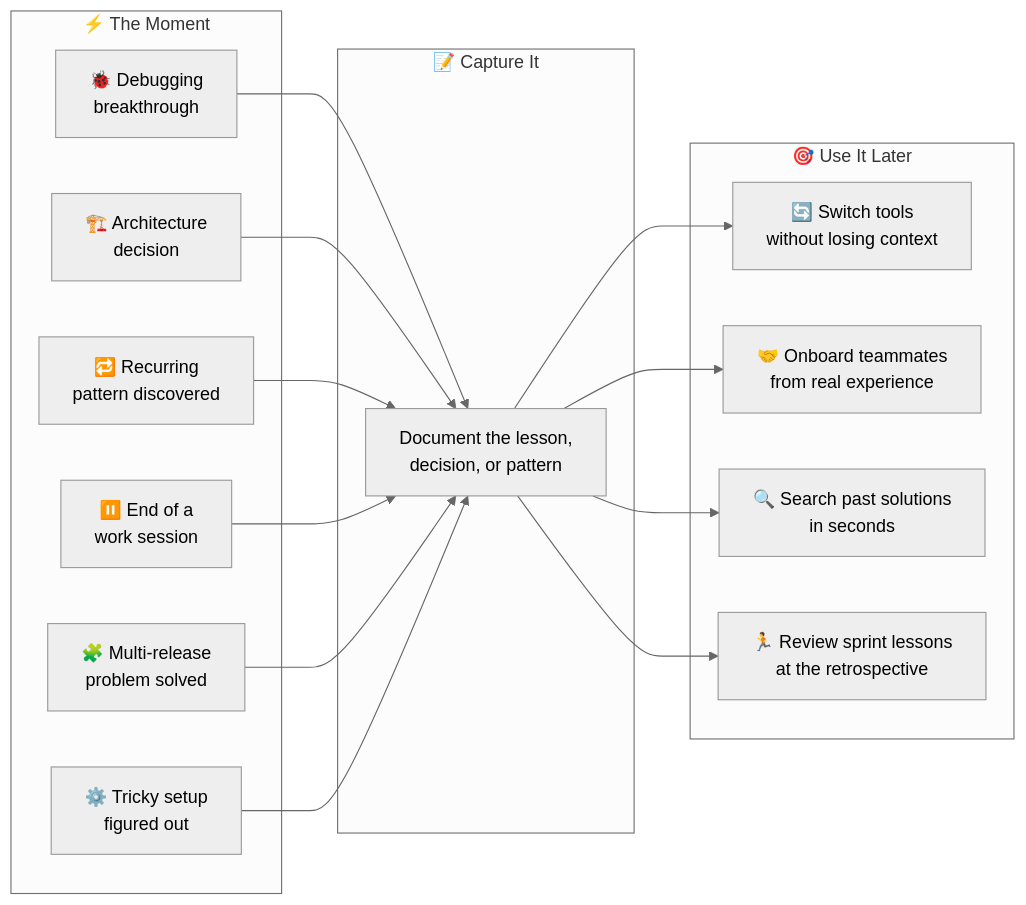
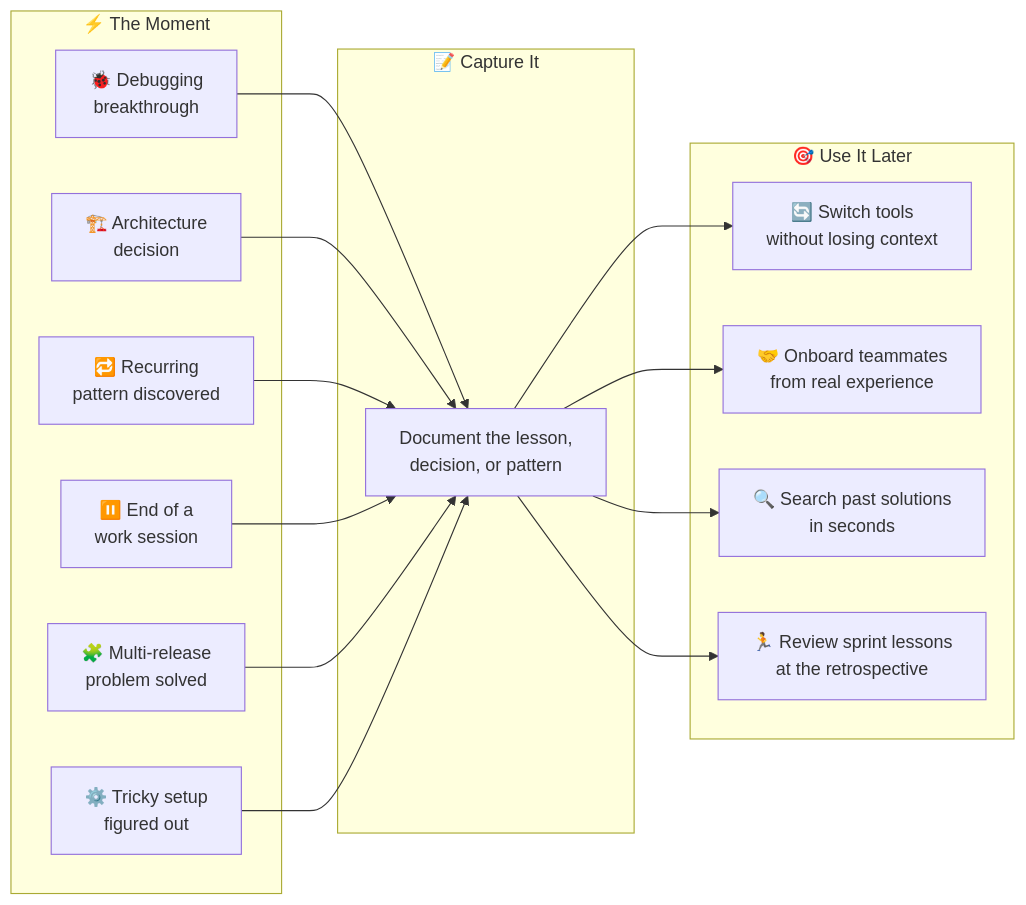
Before and after one commit to technomensch/knowledge-graph: the diagram in docs/concepts/why-kmgraph.md, drawn with Mermaid. The commit also changed 30 other files, not shown here.

````diff
--- a/docs/concepts/why-kmgraph.md
+++ b/docs/concepts/why-kmgraph.md
@@ -33,37 +33,34 @@
 ```mermaid
-%%{init: { 'flowchart': { 'useMaxWidth': true }, 'theme': 'neutral' }}%%
 graph LR
     subgraph Trigger["⚡ The Moment"]
         A["🐞 Debugging<br/>breakthrough"]
         B["🏗️ Architecture<br/>decision"]
         C["🔁 Recurring<br/>pattern discovered"]
         D["⏸️ End of a<br/>work session"]
         E["🧩 Multi-release<br/>problem solved"]
         F["⚙️ Tricky setup<br/>figured out"]
     end
 
     subgraph Capture["📝 Capture It"]
         G["Document the lesson,<br/>decision, or pattern"]
     end
 
     subgraph Payoff["🎯 Use It Later"]
         H["🔄 Switch tools<br/>without losing context"]
         I["🤝 Onboard teammates<br/>from real experience"]
         J["🔍 Search past solutions<br/>in seconds"]
         K["🏃 Review sprint lessons<br/>at the retrospective"]
     end
 
     A --> G
     B --> G
     C --> G
     D --> G
     E --> G
     F --> G
     G --> H
     G --> I
     G --> J
     G --> K
 
-    accTitle: When to Use the Knowledge Graph
-    accDescr: Three-phase journey flow showing six trigger moments feeding into knowledge capture, which enables four future benefits.
 ```
````
